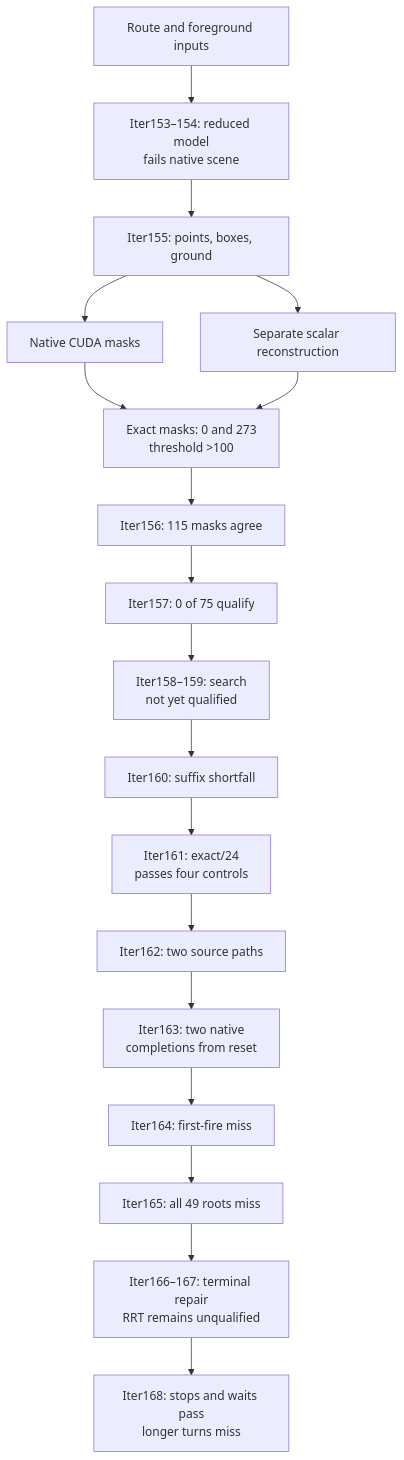
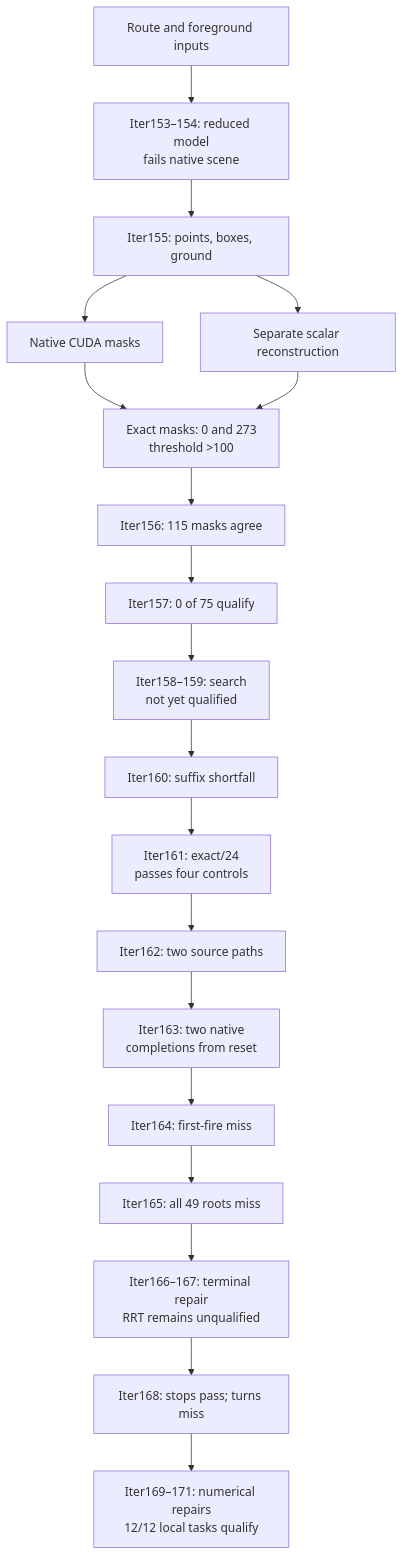
The fourth of 4 diagrams in docs/ARCHITECTURE.md (manfromnowhere143/sentinel), drawn with Mermaid before and after one commit. The commit also changed other lines of this file and 20 other files, not shown here.

````diff
--- a/docs/ARCHITECTURE.md
+++ b/docs/ARCHITECTURE.md
@@ -209,22 +209,23 @@
 ```mermaid
 flowchart TB
   accTitle: From full-scene constraints to planner qualification
   accDescr: Complete reset paths do not establish first-fire recovery.
   G["Route and foreground inputs"] --> M["Iter153–154: reduced model<br/>fails native scene"]
   M --> X["Iter155: points, boxes, ground"]
   X --> C["Native CUDA masks"]
   X --> S["Separate scalar reconstruction"]
   C --> E["Exact masks: 0 and 273<br/>threshold >100"]
   S --> E
   E --> F["Iter156: 115 masks agree"]
   F --> L["Iter157: 0 of 75 qualify"]
   L --> A["Iter158–159: search<br/>not yet qualified"]
   A --> K["Iter160: suffix shortfall"]
   K --> Z["Iter161: exact/24<br/>passes four controls"]
   Z --> Y["Iter162: two source paths"]
   Y --> V["Iter163: two native<br/>completions from reset"]
   V --> B["Iter164: first-fire miss"]
   B --> D["Iter165: all 49 roots miss"]
   D --> R["Iter166–167: terminal repair<br/>RRT remains unqualified"]
-  R --> J["Iter168: stops and waits pass<br/>longer turns miss"]
+  R --> J["Iter168: stops pass; turns miss"]
+  J --> H["Iter169–171: numerical repairs<br/>12/12 local tasks qualify"]
 ```
````
